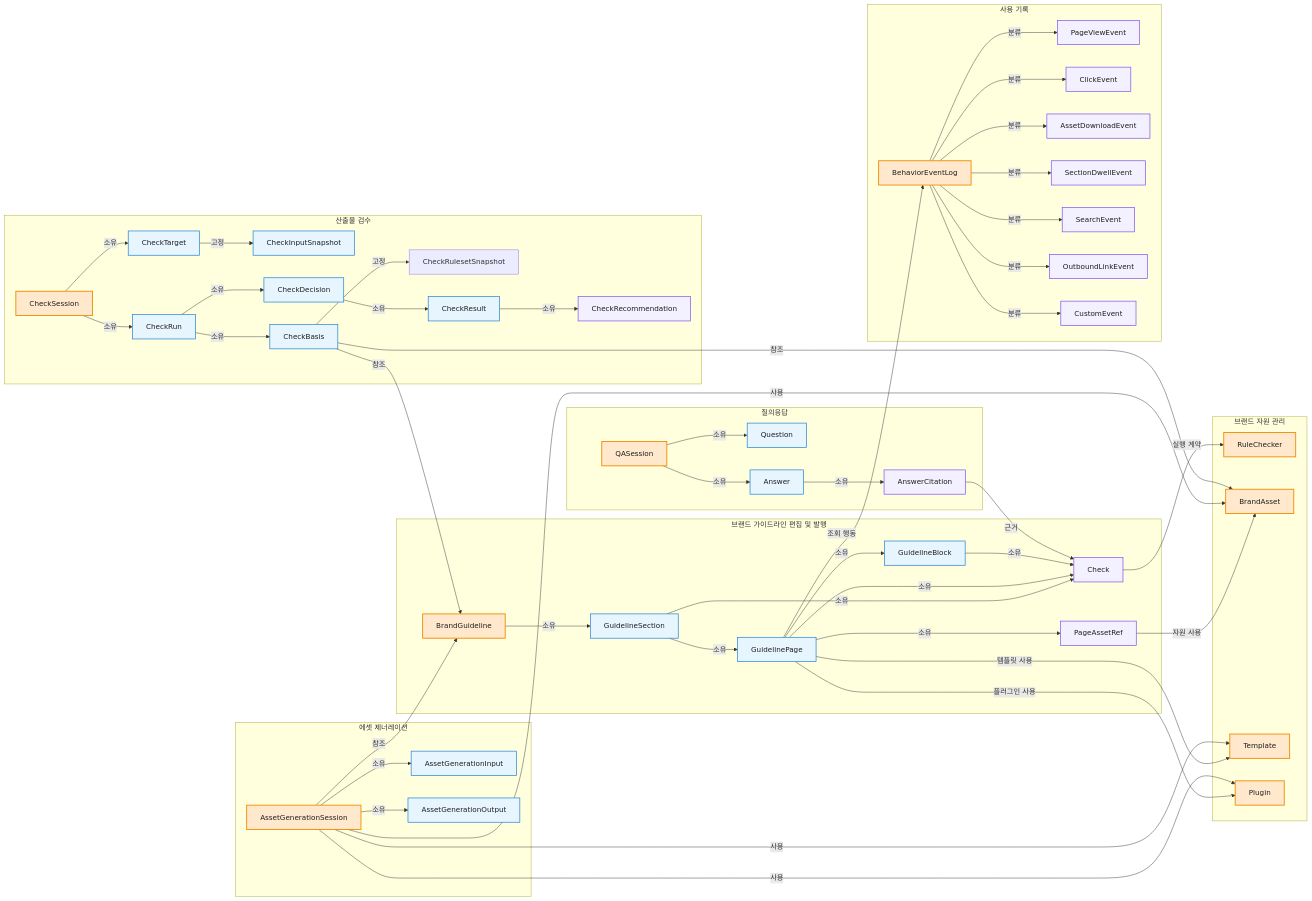
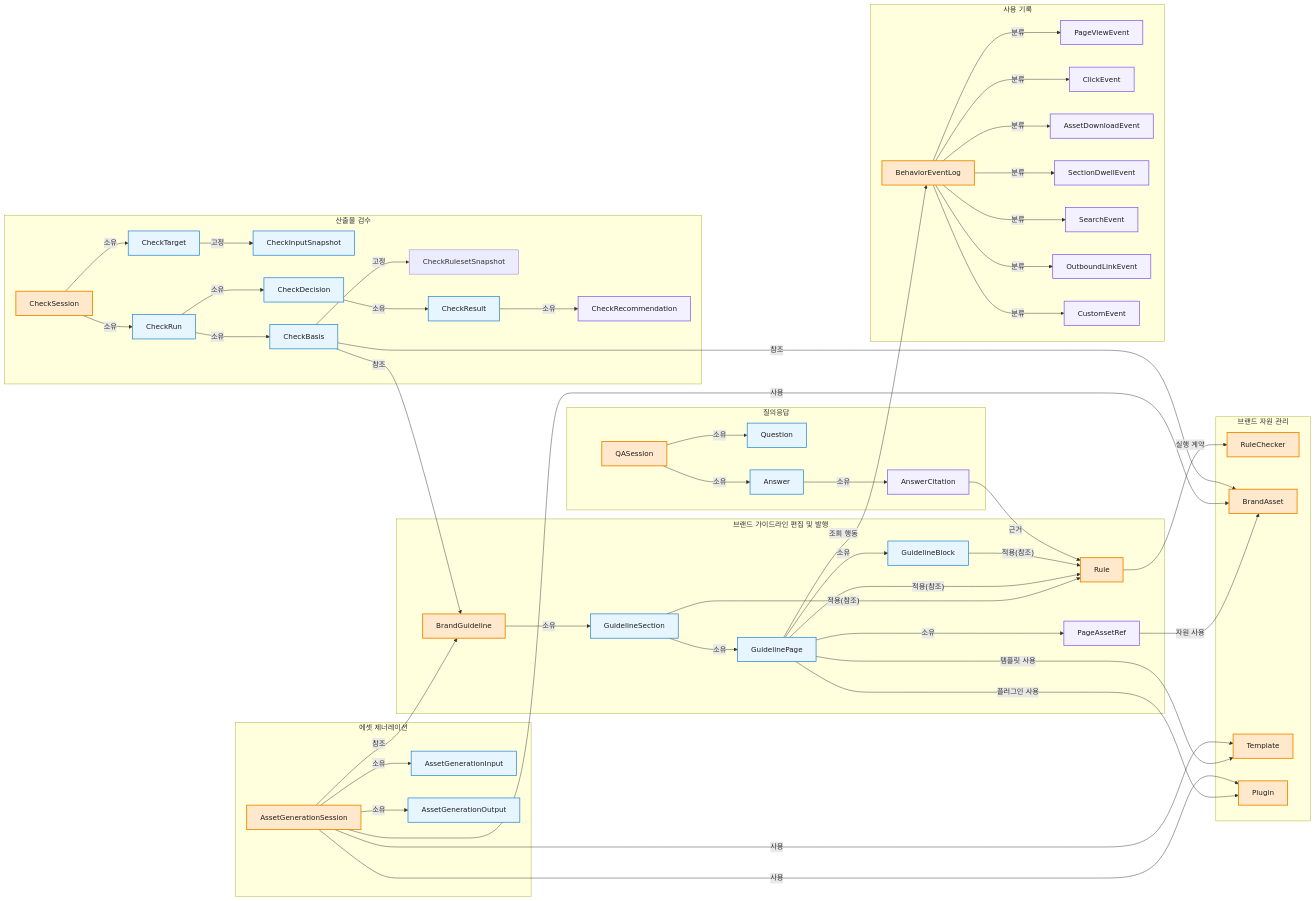
Before and after one commit to ewoooo/living-brand-system: the second of 5 diagrams in docs/04-domain-model.md, drawn with Mermaid. The commit also changed other lines of this file and 2 other files, not shown here.

First line of the commit message:
docs: Check 소유 모델을 Rule 참조 모델로 갱신

````diff
--- a/docs/04-domain-model.md
+++ b/docs/04-domain-model.md
@@ -74,7 +74,7 @@
     GuidelineSection["GuidelineSection"]
     GuidelinePage["GuidelinePage"]
     GuidelineBlock["GuidelineBlock"]
-    Check["Check"]
+    Rule["Rule"]
     PageAssetRef["PageAssetRef"]
   end
 
@@ -124,10 +124,10 @@
   BrandGuideline -->|"소유"| GuidelineSection
   GuidelineSection -->|"소유"| GuidelinePage
   GuidelinePage -->|"소유"| GuidelineBlock
-  GuidelineSection -->|"소유"| Check
-  GuidelinePage -->|"소유"| Check
-  GuidelineBlock -->|"소유"| Check
-  Check -->|"실행 계약"| RuleChecker
+  GuidelineSection -->|"적용(참조)"| Rule
+  GuidelinePage -->|"적용(참조)"| Rule
+  GuidelineBlock -->|"적용(참조)"| Rule
+  Rule -->|"실행 계약"| RuleChecker
   GuidelinePage -->|"소유"| PageAssetRef
   PageAssetRef -->|"자원 사용"| BrandAsset
   GuidelinePage -->|"템플릿 사용"| Template
@@ -143,7 +143,7 @@
   QASession -->|"소유"| Question
   QASession -->|"소유"| Answer
   Answer -->|"소유"| AnswerCitation
-  AnswerCitation -->|"근거"| Check
+  AnswerCitation -->|"근거"| Rule
   CheckSession -->|"소유"| CheckTarget
   CheckTarget -->|"고정"| CheckInputSnapshot
   CheckSession -->|"소유"| CheckRun
@@ -167,7 +167,7 @@
   classDef childEntity fill:#F3F0FF,stroke:#7950F2,stroke-width:1.5px,color:#1F1F1F;
   classDef record fill:#F1F3F5,stroke:#868E96,stroke-width:1.5px,color:#1F1F1F;
 
-  class BrandGuideline,RuleChecker,BrandAsset,Template,Plugin,AssetGenerationSession,QASession,CheckSession,BehaviorEventLog aggregate;
+  class BrandGuideline,Rule,RuleChecker,BrandAsset,Template,Plugin,AssetGenerationSession,QASession,CheckSession,BehaviorEventLog aggregate;
   class GuidelineSection,GuidelinePage,GuidelineBlock,AssetGenerationInput,AssetGenerationOutput,Question,Answer,CheckTarget,CheckInputSnapshot,CheckRun,CheckBasis,CheckDecision,CheckResult entity;
-  class Check,PageAssetRef,AnswerCitation,CheckRecommendation,PageViewEvent,ClickEvent,AssetDownloadEvent,SectionDwellEvent,SearchEvent,OutboundLinkEvent,CustomEvent childEntity;
+  class PageAssetRef,AnswerCitation,CheckRecommendation,PageViewEvent,ClickEvent,AssetDownloadEvent,SectionDwellEvent,SearchEvent,OutboundLinkEvent,CustomEvent childEntity;
 ```
````
